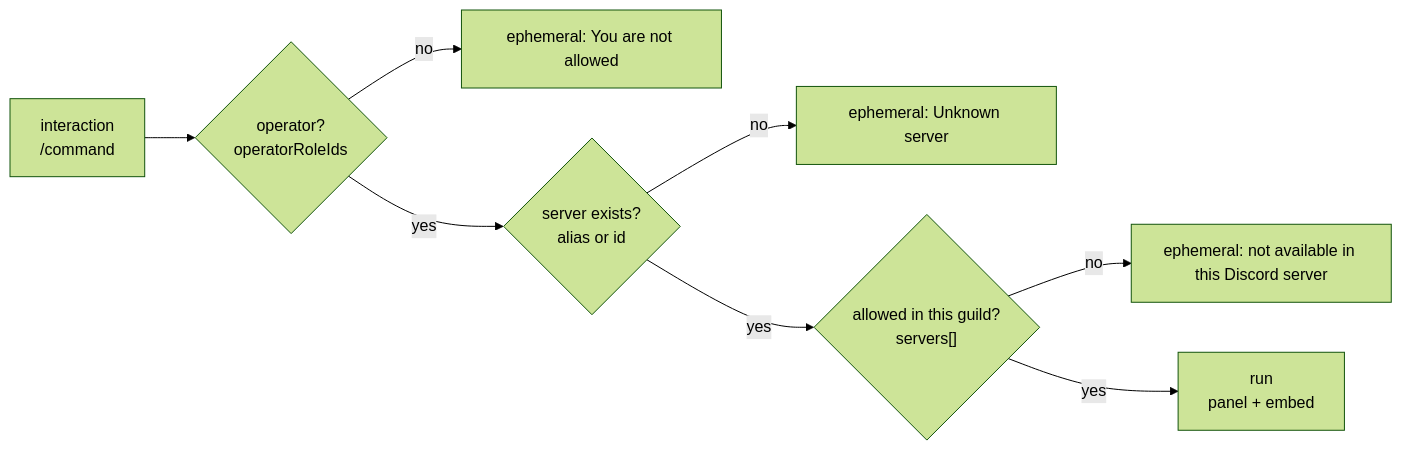
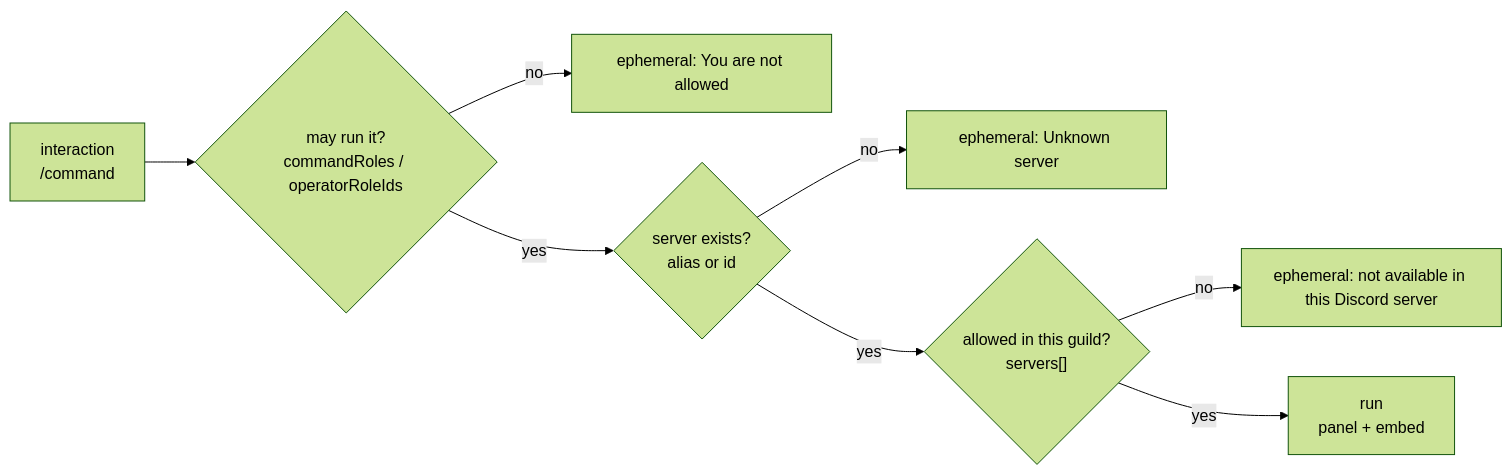
The first of 2 diagrams in docs/commands.md (neyzerth/gameap-discord), drawn with Mermaid (forest theme) before and after one commit. The commit also changed other lines of this file and 18 other files, not shown here.

First line of the commit message:
feat(permissions): per-command operator roles via commandRoles

````diff
--- a/docs/commands.md
+++ b/docs/commands.md
@@ -9,10 +9,10 @@
 ```mermaid
 flowchart LR
-  I["interaction<br/>/command"] --> G1{"operator?<br/>operatorRoleIds"}
+  I["interaction<br/>/command"] --> G1{"may run it?<br/>commandRoles / operatorRoleIds"}
   G1 -- no --> E1["ephemeral: You are not allowed"]
   G1 -- yes --> G2{"server exists?<br/>alias or id"}
   G2 -- no --> E2["ephemeral: Unknown server"]
   G2 -- yes --> G3{"allowed in this guild?<br/>servers[]"}
   G3 -- no --> E3["ephemeral: not available in this Discord server"]
   G3 -- yes --> RUN["run<br/>panel + embed"]
 ```
````
